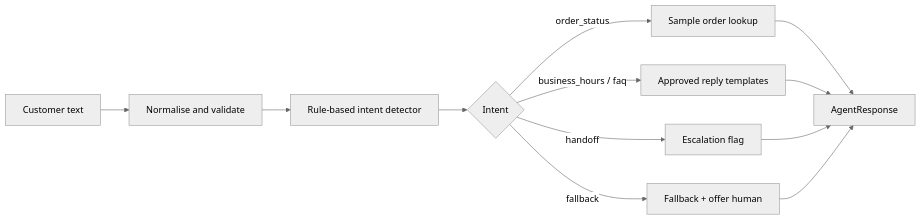
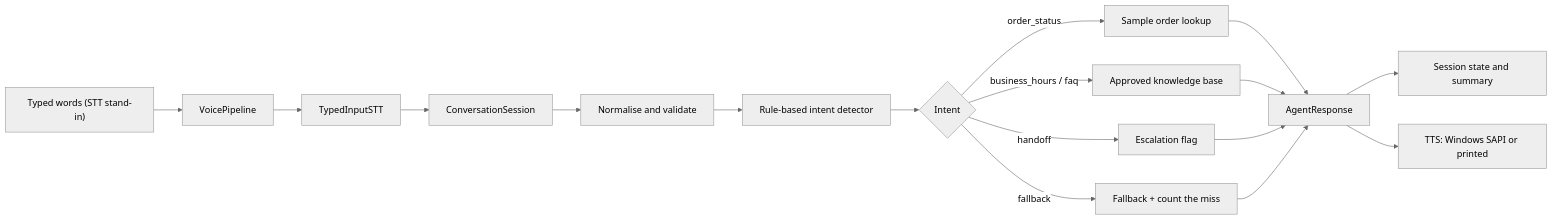
Before and after one commit to sumyiabutt/Ai-customer-calling-agent: the diagram in README.md, drawn with Mermaid (neutral theme). The commit also changed other lines of this file, not shown here.

````diff
--- a/README.md
+++ b/README.md
@@ -152,14 +224,19 @@
 ```mermaid
 flowchart LR
-    A[Customer text] --> B[Normalise and validate]
-    B --> C[Rule-based intent detector]
-    C --> D{Intent}
-    D -->|order_status| E[Sample order lookup]
-    D -->|business_hours / faq| F[Approved reply templates]
-    D -->|handoff| G[Escalation flag]
-    D -->|fallback| H[Fallback + offer human]
-    E --> I[AgentResponse]
-    F --> I
-    G --> I
-    H --> I
+    A["Typed words (STT stand-in)"] --> B[VoicePipeline]
+    B --> C[TypedInputSTT]
+    C --> D[ConversationSession]
+    D --> E[Normalise and validate]
+    E --> F[Rule-based intent detector]
+    F --> G{Intent}
+    G -->|order_status| H[Sample order lookup]
+    G -->|business_hours / faq| I[Approved knowledge base]
+    G -->|handoff| J[Escalation flag]
+    G -->|fallback| K[Fallback + count the miss]
+    H --> L[AgentResponse]
+    I --> L
+    J --> L
+    K --> L
+    L --> M[Session state and summary]
+    L --> N[TTS: Windows SAPI or printed]
 ```
````
